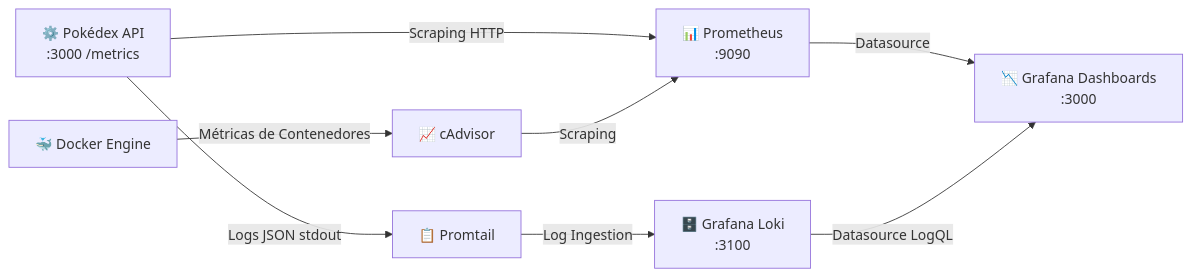
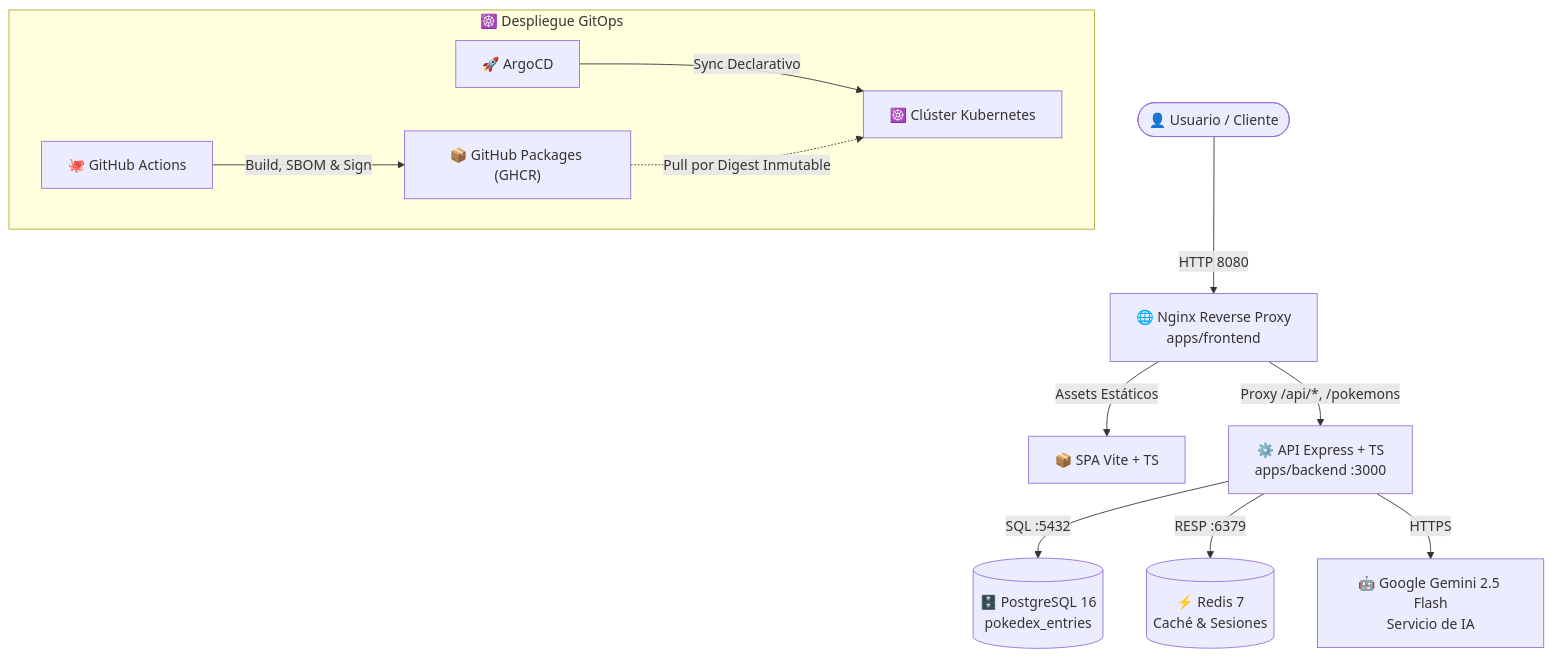
The diagram in README.md (rocapellino/pokedex), drawn with Mermaid before and after one commit. The commit also changed other lines of this file, not shown here.

````diff
--- a/README.md
+++ b/README.md
@@ -355,10 +67,16 @@
 ```mermaid
-flowchart LR
-    API["⚙️ Pokédex API\n:3000 /metrics"] -->|Scraping HTTP| PROM["📊 Prometheus\n:9090"]
-    DOCKER_SOCK["🐳 Docker Engine"] -->|Métricas de Contenedores| CADVISOR["📈 cAdvisor"]
-    CADVISOR -->|Scraping| PROM
-    PROM -->|Datasource| GRAFANA["📉 Grafana Dashboards\n:3000"]
-    API -->|Logs JSON stdout| PROMTAIL["📋 Promtail"]
-    PROMTAIL -->|Log Ingestion| LOKI["🗄️ Grafana Loki\n:3100"]
-    LOKI -->|Datasource LogQL| GRAFANA
+flowchart TD
+    User(["👤 Usuario / Cliente"]) -->|HTTP 8080| Proxy["🌐 Nginx Reverse Proxy\napps/frontend"]
+    Proxy -->|Assets Estáticos| Web["📦 SPA Vite + TS"]
+    Proxy -->|Proxy /api/*, /pokemons| API["⚙️ API Express + TS\napps/backend :3000"]
+    
+    API -->|SQL :5432| DB[("🗄️ PostgreSQL 16\npokedex_entries")]
+    API -->|RESP :6379| Cache[("⚡ Redis 7\nCaché & Sesiones")]
+    API -->|HTTPS| AI["🤖 Google Gemini 2.5 Flash\nServicio de IA"]
+
+    subgraph GitOps_Flow ["☸️ Despliegue GitOps"]
+        GH["🐙 GitHub Actions"] -->|Build, SBOM & Sign| OCI["📦 GitHub Packages (GHCR)"]
+        Argo["🚀 ArgoCD"] -->|Sync Declarativo| K8s["☸️ Clúster Kubernetes"]
+        OCI -.->|Pull por Digest Inmutable| K8s
+    end
 ```
````
